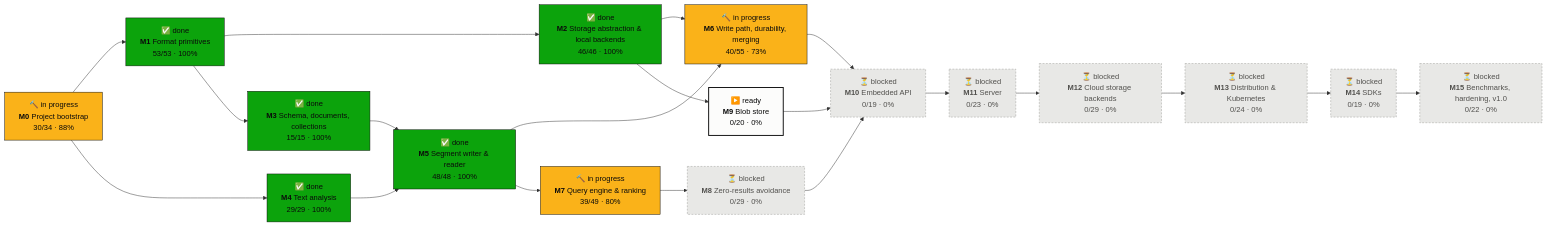
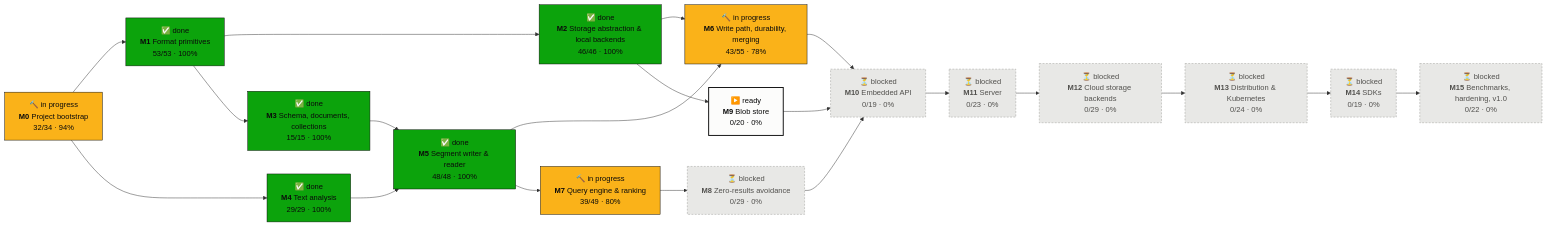
One commit to tomiok/persiaDB changed the first of 2 diagrams in PROGRESS.md. Above: the diagram before and after it, drawn with Mermaid. The commit also changed other lines of this file and 10 other files, not shown here.

First line of the commit message:
fix: review fix-ups for audit batch B (ROADMAP 0.6.7, 0.6.8, 6.3.12, 6.5.10, 6.5.11)

````diff
--- a/PROGRESS.md
+++ b/PROGRESS.md
@@ -16,42 +16,42 @@
 ```mermaid
 flowchart LR
-  M0["🔨 in progress<br/><b>M0</b> Project bootstrap<br/>30/34 · 88%"]:::doing
+  M0["🔨 in progress<br/><b>M0</b> Project bootstrap<br/>32/34 · 94%"]:::doing
   M1["✅ done<br/><b>M1</b> Format primitives<br/>53/53 · 100%"]:::done
   M2["✅ done<br/><b>M2</b> Storage abstraction & local backends<br/>46/46 · 100%"]:::done
   M3["✅ done<br/><b>M3</b> Schema, documents, collections<br/>15/15 · 100%"]:::done
   M4["✅ done<br/><b>M4</b> Text analysis<br/>29/29 · 100%"]:::done
   M5["✅ done<br/><b>M5</b> Segment writer & reader<br/>48/48 · 100%"]:::done
-  M6["🔨 in progress<br/><b>M6</b> Write path, durability, merging<br/>40/55 · 73%"]:::doing
+  M6["🔨 in progress<br/><b>M6</b> Write path, durability, merging<br/>43/55 · 78%"]:::doing
   M7["🔨 in progress<br/><b>M7</b> Query engine & ranking<br/>39/49 · 80%"]:::doing
   M8["⏳ blocked<br/><b>M8</b> Zero-results avoidance<br/>0/29 · 0%"]:::blocked
   M9["▶️ ready<br/><b>M9</b> Blob store<br/>0/20 · 0%"]:::ready
   M10["⏳ blocked<br/><b>M10</b> Embedded API<br/>0/19 · 0%"]:::blocked
   M11["⏳ blocked<br/><b>M11</b> Server<br/>0/23 · 0%"]:::blocked
   M12["⏳ blocked<br/><b>M12</b> Cloud storage backends<br/>0/29 · 0%"]:::blocked
   M13["⏳ blocked<br/><b>M13</b> Distribution & Kubernetes<br/>0/24 · 0%"]:::blocked
   M14["⏳ blocked<br/><b>M14</b> SDKs<br/>0/19 · 0%"]:::blocked
   M15["⏳ blocked<br/><b>M15</b> Benchmarks, hardening, v1.0<br/>0/22 · 0%"]:::blocked
   M0 --> M1
   M1 --> M2
   M1 --> M3
   M0 --> M4
   M3 --> M5
   M4 --> M5
   M2 --> M6
   M5 --> M6
   M5 --> M7
   M7 --> M8
   M2 --> M9
   M6 --> M10
   M8 --> M10
   M9 --> M10
   M10 --> M11
   M11 --> M12
   M12 --> M13
   M13 --> M14
   M14 --> M15
   classDef done fill:#0ca30c,stroke:#0b0b0b,color:#0b0b0b
   classDef doing fill:#fab219,stroke:#0b0b0b,color:#0b0b0b
   classDef ready fill:#fcfcfb,stroke:#0b0b0b,stroke-width:2px,color:#0b0b0b
   classDef blocked fill:#e8e8e6,stroke:#9a9a96,stroke-dasharray:4 3,color:#52514e
 ```
````
